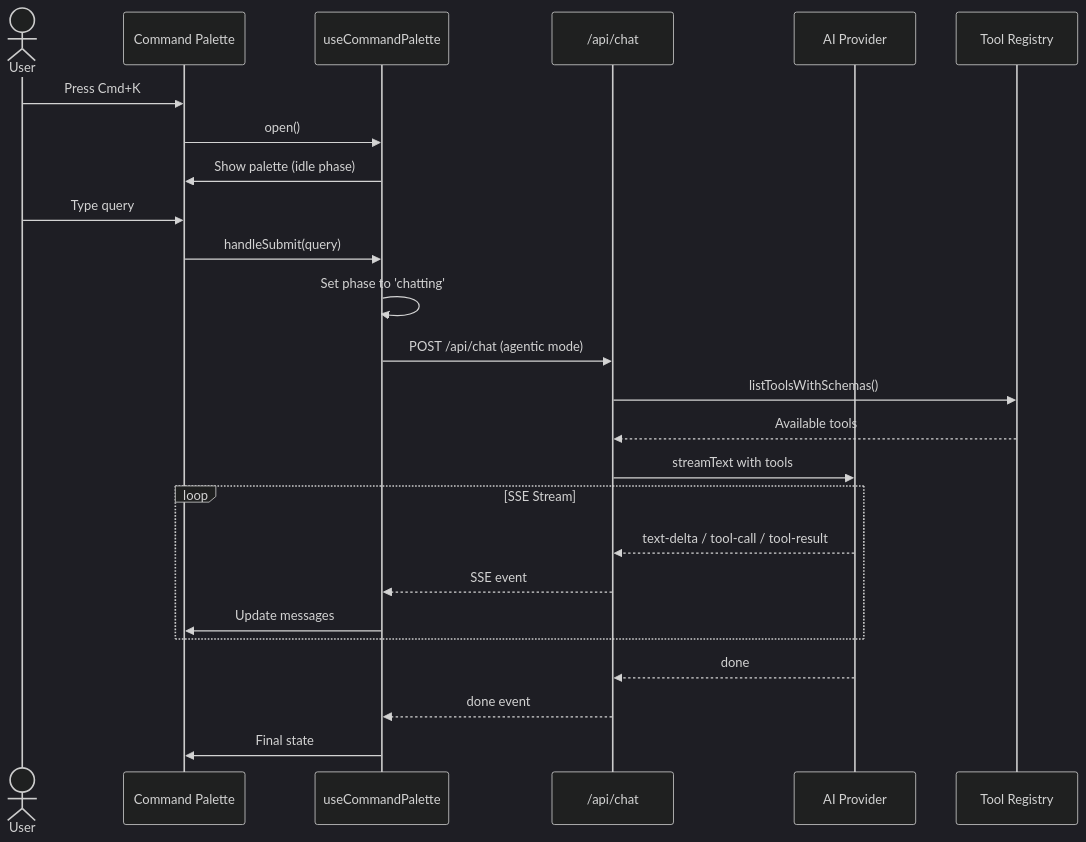
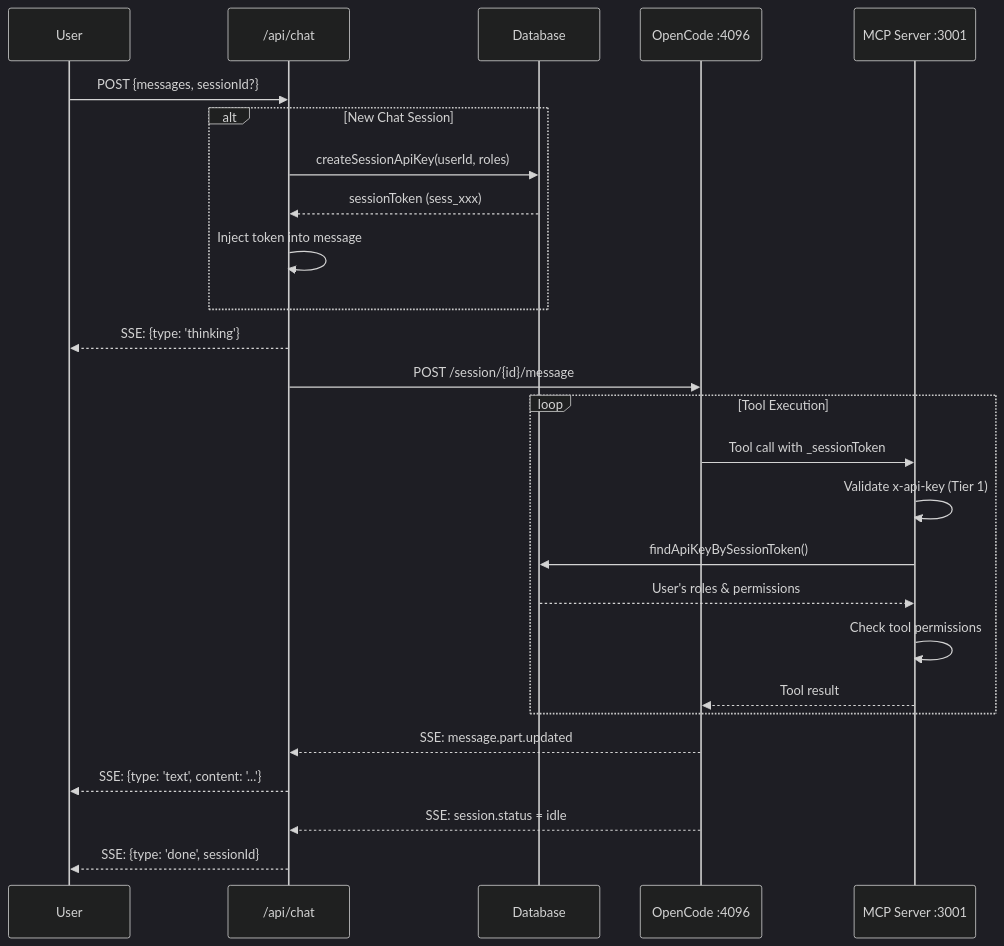
One commit to open-mercato/open-mercato changed the second of 7 diagrams in packages/ai-assistant/README.md. Above: the diagram before and after it, drawn with Mermaid (dark theme). The commit also changed other lines of this file, not shown here.

Commit message:
docs(ai-assistant): update README with current architecture and diagrams

````diff
--- a/packages/ai-assistant/README.md
+++ b/packages/ai-assistant/README.md
@@ -62,32 +57,33 @@
 ```mermaid
 sequenceDiagram
-    actor User
-    participant CP as Command Palette
-    participant Hook as useCommandPalette
+    participant User
     participant API as /api/chat
-    participant AI as AI Provider
-    participant Tools as Tool Registry
+    participant DB as Database
+    participant OC as OpenCode :4096
+    participant MCP as MCP Server :3001
 
-    User->>CP: Press Cmd+K
-    CP->>Hook: open()
-    Hook->>CP: Show palette (idle phase)
+    User->>API: POST {messages, sessionId?}
 
-    User->>CP: Type query
-    CP->>Hook: handleSubmit(query)
-    Hook->>Hook: Set phase to 'chatting'
-
-    Hook->>API: POST /api/chat (agentic mode)
-    API->>Tools: listToolsWithSchemas()
-    Tools-->>API: Available tools
-    API->>AI: streamText with tools
-
-    loop SSE Stream
-        AI-->>API: text-delta / tool-call / tool-result
-        API-->>Hook: SSE event
-        Hook->>CP: Update messages
+    alt New Chat Session
+        API->>DB: createSessionApiKey(userId, roles)
+        DB-->>API: sessionToken (sess_xxx)
+        API->>API: Inject token into message
     end
 
-    AI-->>API: done
-    API-->>Hook: done event
-    Hook->>CP: Final state
+    API-->>User: SSE: {type: 'thinking'}
+    API->>OC: POST /session/{id}/message
+
+    loop Tool Execution
+        OC->>MCP: Tool call with _sessionToken
+        MCP->>MCP: Validate x-api-key (Tier 1)
+        MCP->>DB: findApiKeyBySessionToken()
+        DB-->>MCP: User's roles & permissions
+        MCP->>MCP: Check tool permissions
+        MCP-->>OC: Tool result
+    end
+
+    OC-->>API: SSE: message.part.updated
+    API-->>User: SSE: {type: 'text', content: '...'}
+    OC-->>API: SSE: session.status = idle
+    API-->>User: SSE: {type: 'done', sessionId}
 ```
````
